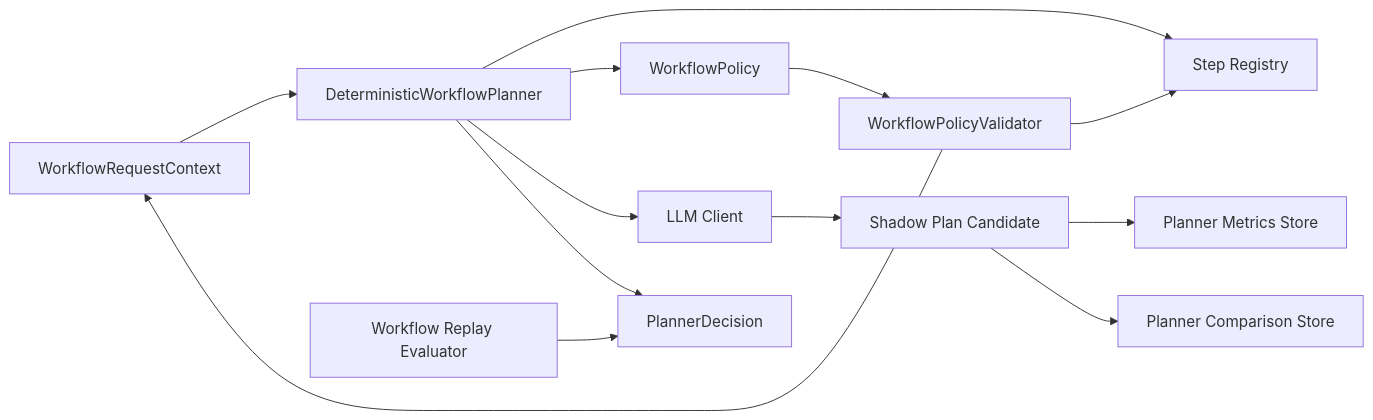
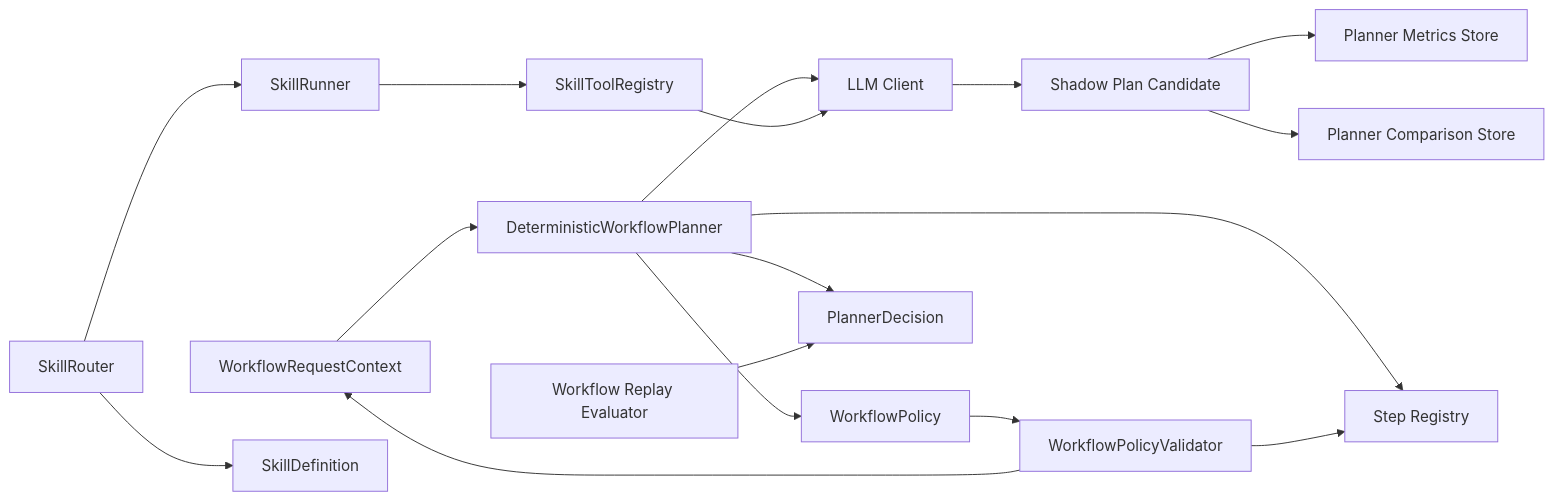
Diagram 19 of 19 in .qoder/repowiki/en/content/Workflow System/Workflow System.md (intellistream/sage-mate), drawn with Mermaid before and after one commit. The commit also changed other lines of this file and 136 other files, not shown here.

First line of the commit message:
chore: source updates, bidirectional link graph, data and repowiki refresh

````diff
--- a/.qoder/repowiki/en/content/Workflow System/Workflow System.md
+++ b/.qoder/repowiki/en/content/Workflow System/Workflow System.md
@@ -615,15 +933,19 @@
 ```mermaid
 graph LR
 CTX["WorkflowRequestContext"] --> PLAN["DeterministicWorkflowPlanner"]
 PLAN --> REG["Step Registry"]
 PLAN --> POL["WorkflowPolicy"]
 PLAN --> LLM["LLM Client"]
 PLAN --> DEC["PlannerDecision"]
 POL --> VAL["WorkflowPolicyValidator"]
 VAL --> REG
 VAL --> CTX
 LLM --> SHADOW["Shadow Plan Candidate"]
 SHADOW --> METRICS["Planner Metrics Store"]
 SHADOW --> COMPARE["Planner Comparison Store"]
 EVAL["Workflow Replay Evaluator"] --> DEC
+SR["SkillRouter"] --> SKR["SkillRunner"]
+SKR --> STR["SkillToolRegistry"]
+STR --> LLM
+SR --> SK["SkillDefinition"]
 ```
````
